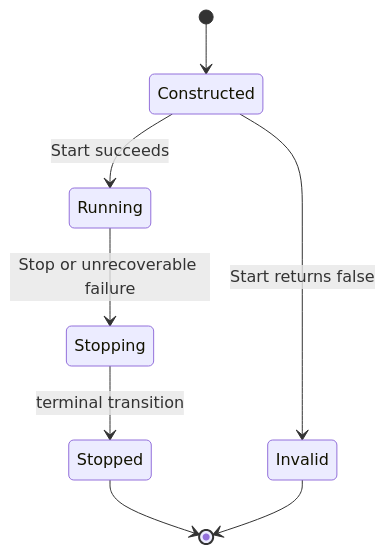
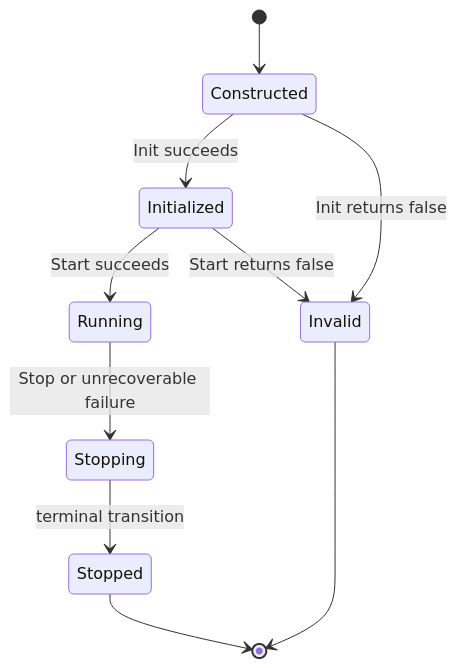
The first of 2 diagrams in Pontifex/Abstractions/Transports/Raw/Unreliable/NoAck/Specification.md (FyodorZh/Pontifex), drawn with Mermaid before and after one commit. The commit also changed other lines of this file and 1 other file, not shown here.

````diff
--- a/Pontifex/Abstractions/Transports/Raw/Unreliable/NoAck/Specification.md
+++ b/Pontifex/Abstractions/Transports/Raw/Unreliable/NoAck/Specification.md
@@ -104,10 +125,12 @@
 ```mermaid
 stateDiagram-v2
     [*] --> Constructed
-    Constructed --> Running: Start succeeds
-    Constructed --> Invalid: Start returns false
+    Constructed --> Initialized: Init succeeds
+    Constructed --> Invalid: Init returns false
+    Initialized --> Running: Start succeeds
+    Initialized --> Invalid: Start returns false
     Running --> Stopping: Stop or unrecoverable failure
     Stopping --> Stopped: terminal transition
     Stopped --> [*]
     Invalid --> [*]
 ```
````
